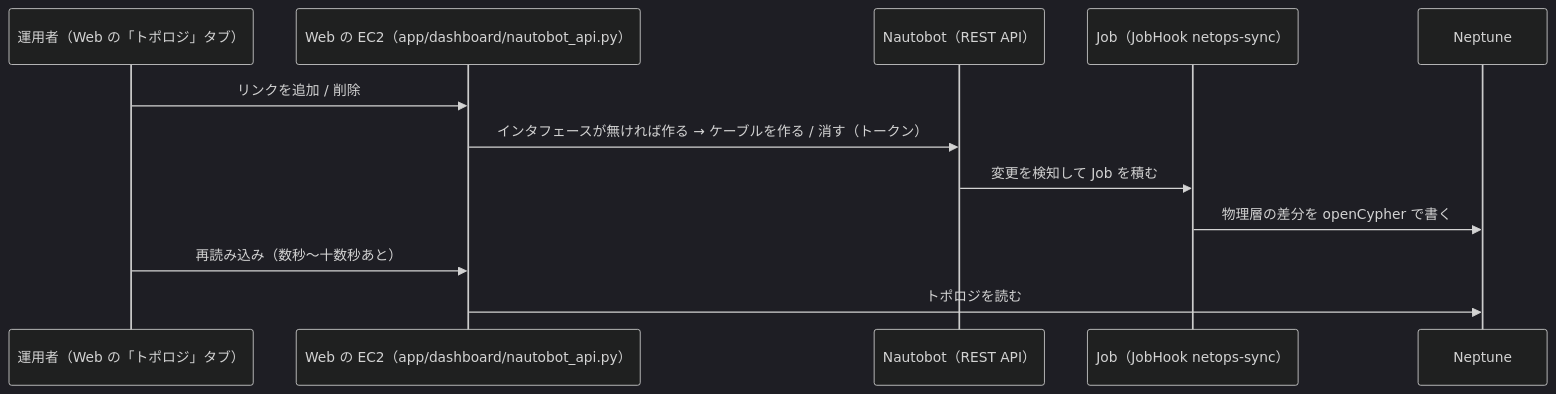
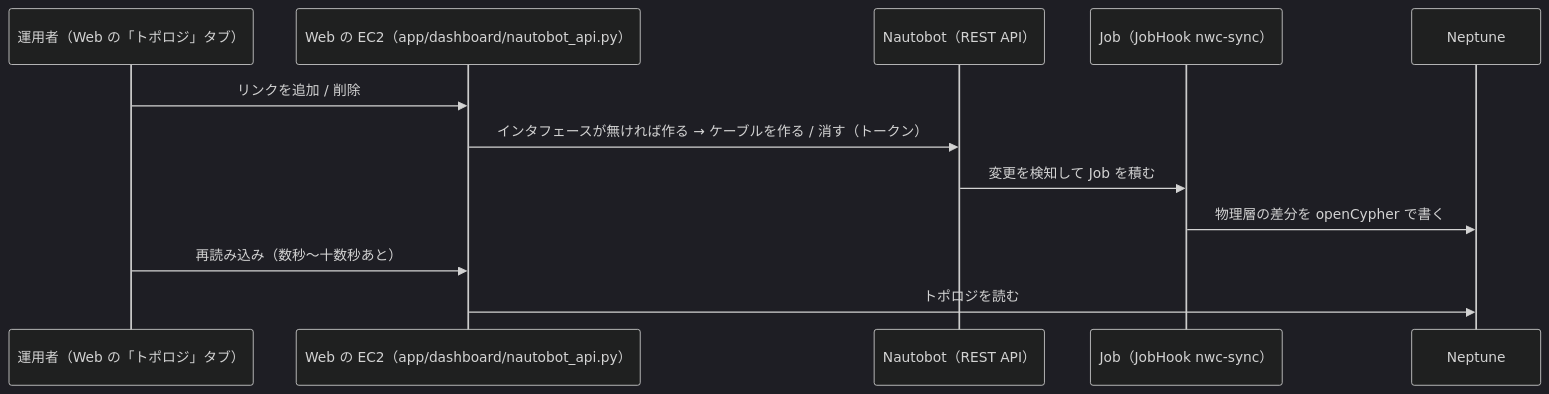
The third of 4 diagrams in docs/nautobot.md (eddie-eights/nwc-poc), drawn with Mermaid (dark theme) before and after one commit. The commit also changed other lines of this file and 24 other files, not shown here.

First line of the commit message:
netops の名前を nwc に揃える（019）: tests と docs

````diff
--- a/docs/nautobot.md
+++ b/docs/nautobot.md
@@ -157,14 +157,14 @@
 ```mermaid
 sequenceDiagram
   participant U as 運用者（Web の「トポロジ」タブ）
   participant W as Web の EC2（app/dashboard/nautobot_api.py）
   participant N as Nautobot（REST API）
-  participant J as Job（JobHook netops-sync）
+  participant J as Job（JobHook nwc-sync）
   participant G as Neptune
   U->>W: リンクを追加 / 削除
   W->>N: インタフェースが無ければ作る → ケーブルを作る / 消す（トークン）
   N->>J: 変更を検知して Job を積む
   J->>G: 物理層の差分を openCypher で書く
   U->>W: 再読み込み（数秒〜十数秒あと）
   W->>G: トポロジを読む
 ```
````
